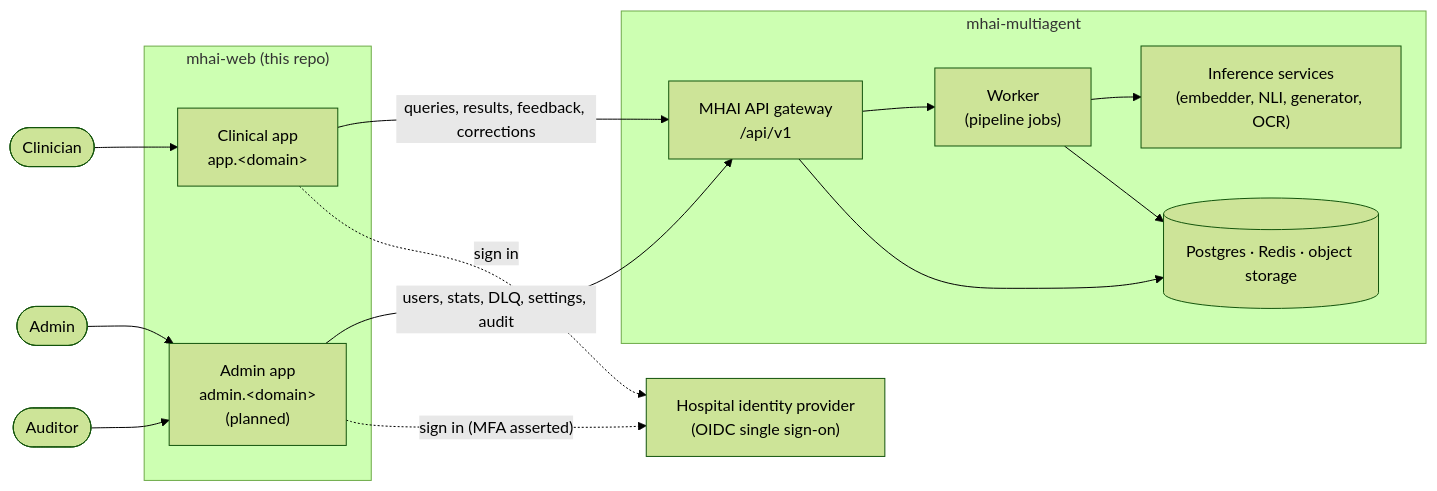
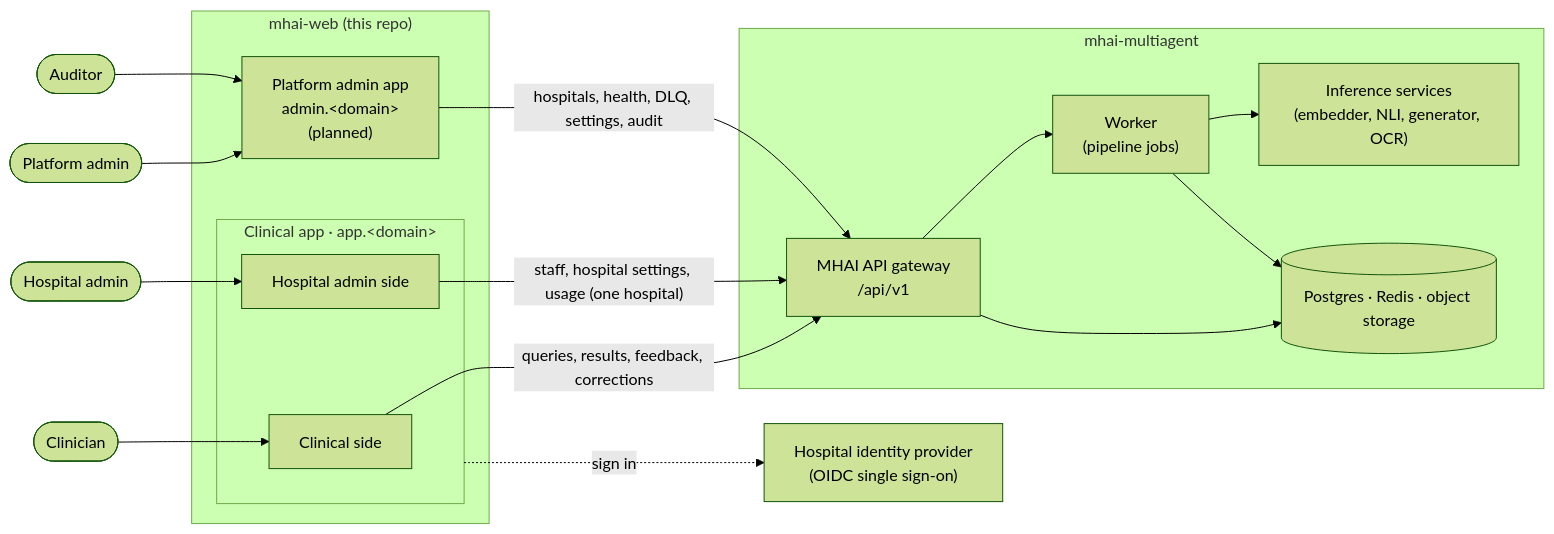
One commit to Measured-Health/mhai-web changed the first of 10 diagrams in ARCHITECTURE.md. Above: the diagram before and after it, drawn with Mermaid (forest theme). The commit also changed other lines of this file and 2 other files, not shown here.

First line of the commit message:
Cover hospital admins; treat backend gaps as backend work

````diff
--- a/ARCHITECTURE.md
+++ b/ARCHITECTURE.md
@@ -18,31 +27,36 @@
 ```mermaid
 flowchart LR
     clin([Clinician])
-    adm([Admin])
+    hadm([Hospital admin])
+    padm([Platform admin])
     aud([Auditor])
 
     subgraph web["mhai-web (this repo)"]
-        capp["Clinical app<br/>app.&lt;domain&gt;"]
-        aapp["Admin app<br/>admin.&lt;domain&gt;<br/>(planned)"]
+        subgraph capp["Clinical app · app.&lt;domain&gt;"]
+            cside["Clinical side"]
+            hside["Hospital admin side"]
+        end
+        aapp["Platform admin app<br/>admin.&lt;domain&gt;<br/>(planned)"]
     end
 
     idp["Hospital identity provider<br/>(OIDC single sign-on)"]
 
     subgraph api["mhai-multiagent"]
         gw["MHAI API gateway<br/>/api/v1"]
         wk["Worker<br/>(pipeline jobs)"]
         inf["Inference services<br/>(embedder, NLI, generator, OCR)"]
         db[("Postgres · Redis · object storage")]
     end
 
-    clin --> capp
-    adm --> aapp
+    clin --> cside
+    hadm --> hside
+    padm --> aapp
     aud --> aapp
-    capp -- "queries, results, feedback, corrections" --> gw
-    aapp -- "users, stats, DLQ, settings, audit" --> gw
+    cside -- "queries, results, feedback, corrections" --> gw
+    hside -- "staff, hospital settings, usage (one hospital)" --> gw
+    aapp -- "hospitals, health, DLQ, settings, audit" --> gw
     capp -. "sign in" .-> idp
-    aapp -. "sign in (MFA asserted)" .-> idp
     gw --> wk --> inf
     gw --> db
     wk --> db
 ```
````
